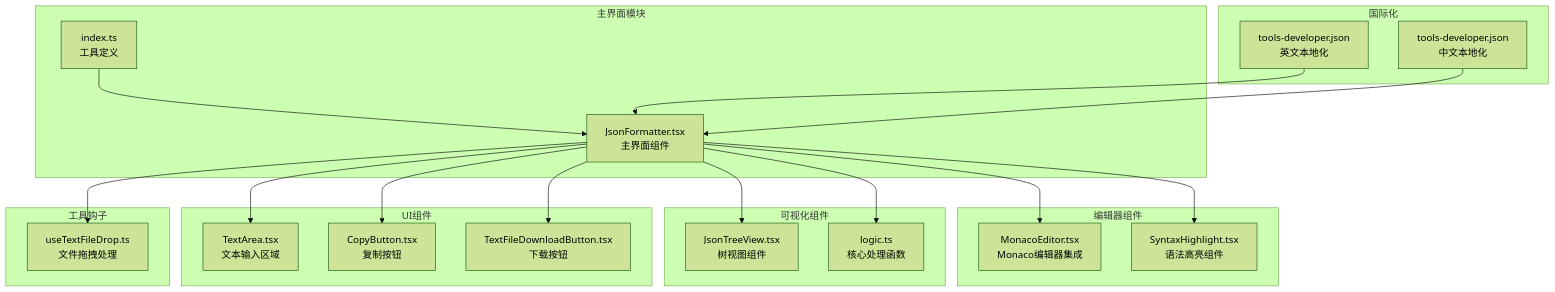
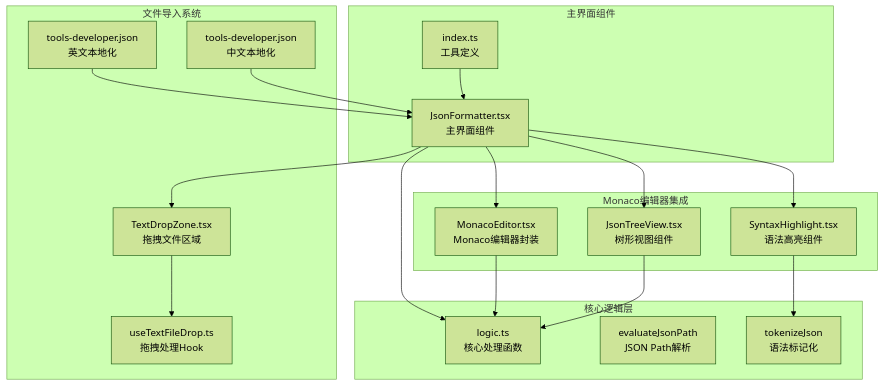
One commit to sgyy/privadeck changed the first of 4 diagrams in .qoder/repowiki/zh/content/开发者工具/JSON格式化工具.md. Above: the diagram before and after it, drawn with Mermaid (forest theme). The commit also changed other lines of this file and 23 other files, not shown here.

````diff
--- a/.qoder/repowiki/zh/content/开发者工具/JSON格式化工具.md
+++ b/.qoder/repowiki/zh/content/开发者工具/JSON格式化工具.md
@@ -64,38 +60,35 @@
 ```mermaid
 graph TB
-subgraph "主界面模块"
+subgraph "主界面组件"
 A[JsonFormatter.tsx<br/>主界面组件]
 B[index.ts<br/>工具定义]
 end
-subgraph "编辑器组件"
-C[MonacoEditor.tsx<br/>Monaco编辑器集成]
-D[SyntaxHighlight.tsx<br/>语法高亮组件]
+subgraph "Monaco编辑器集成"
+C[MonacoEditor.tsx<br/>Monaco编辑器封装]
+D[JsonTreeView.tsx<br/>树形视图组件]
+E[SyntaxHighlight.tsx<br/>语法高亮组件]
 end
-subgraph "可视化组件"
-E[JsonTreeView.tsx<br/>树视图组件]
+subgraph "核心逻辑层"
 F[logic.ts<br/>核心处理函数]
+G[evaluateJsonPath<br/>JSON Path解析]
+H[tokenizeJson<br/>语法标记化]
 end
-subgraph "UI组件"
-G[TextArea.tsx<br/>文本输入区域]
-H[CopyButton.tsx<br/>复制按钮]
-I[TextFileDownloadButton.tsx<br/>下载按钮]
-end
-subgraph "工具钩子"
-J[useTextFileDrop.ts<br/>文件拖拽处理]
-end
-subgraph "国际化"
+subgraph "文件导入系统"
+I[TextDropZone.tsx<br/>拖拽文件区域]
+J[useTextFileDrop.ts<br/>拖拽处理Hook]
 K[tools-developer.json<br/>英文本地化]
 L[tools-developer.json<br/>中文本地化]
 end
 A --> C
 A --> D
 A --> E
 A --> F
-A --> G
-A --> H
 A --> I
-A --> J
 B --> A
+I --> J
 K --> A
 L --> A
+C --> F
+D --> F
+E --> H
 ```
````
